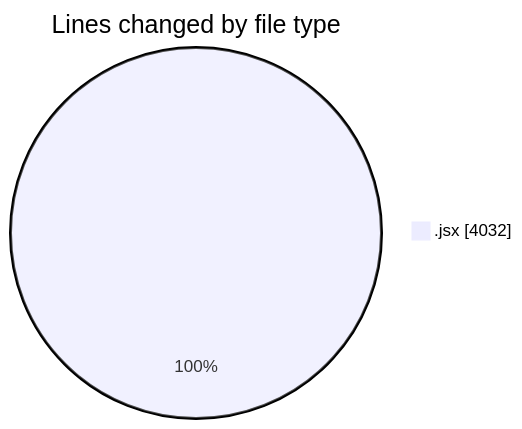
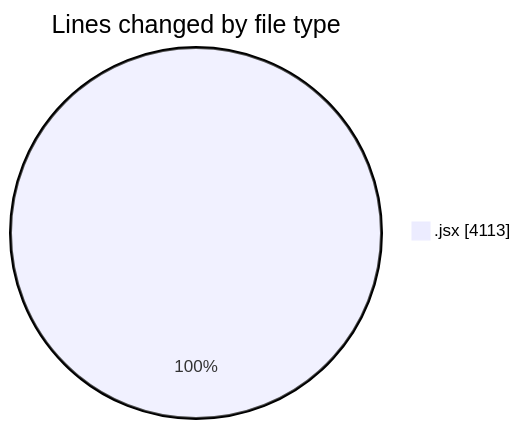
One commit to nxtqubesakshisongat/code-tracking changed the first of 2 diagrams in 2025-09-28/nxtqube_webapp/README.md. Above: the diagram before and after it, drawn with Mermaid. The commit also changed other lines of this file and 1 other file, not shown here.

````diff
--- a/2025-09-28/nxtqube_webapp/README.md
+++ b/2025-09-28/nxtqube_webapp/README.md
@@ -21,5 +21,5 @@
 ```mermaid
 pie showData
 title Lines changed by file type
-".jsx" : 4032
+".jsx" : 4113
 ```
````
